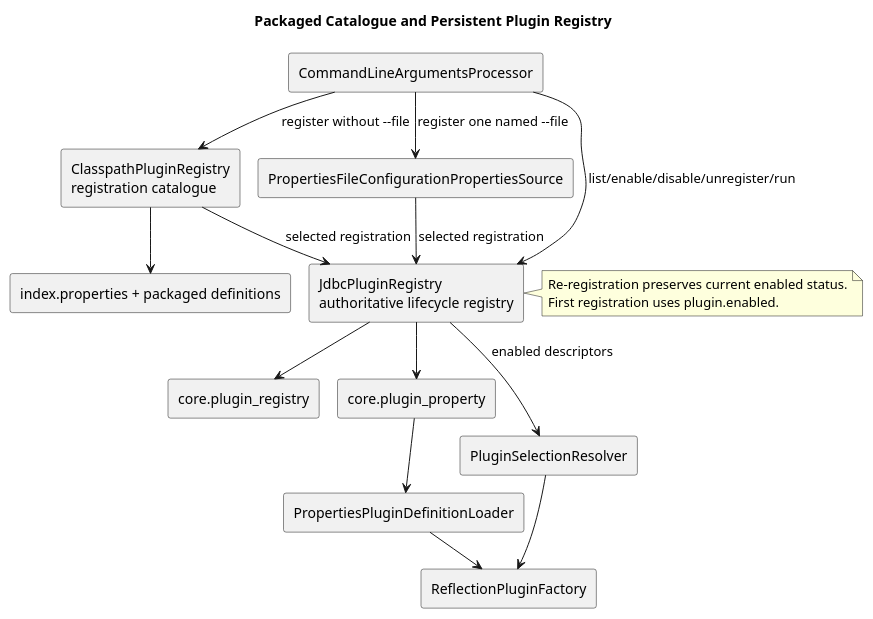
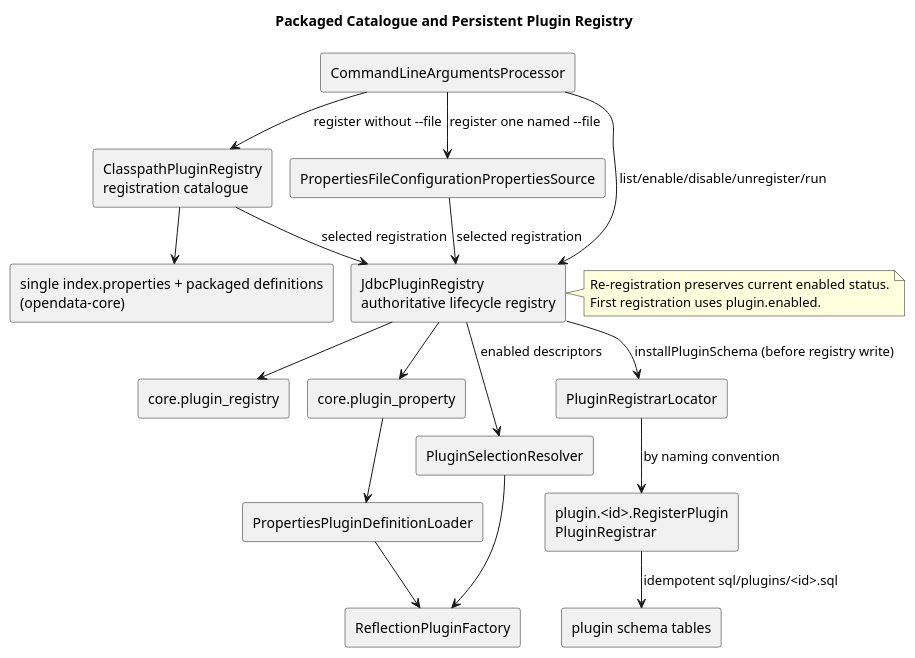
The diagram in docs/diagrams/source/plugin-registry.puml (TerryCurranZellis/OpenData), drawn with PlantUML before and after one commit. The commit also changed 58 other files, not shown here.

Commit message:
Update documentation and puml diagrams, add generated SVGs

```diff
--- a/docs/diagrams/source/plugin-registry.puml
+++ b/docs/diagrams/source/plugin-registry.puml
@@ -1,32 +1,38 @@
 @startuml
 !pragma layout smetana
 title Packaged Catalogue and Persistent Plugin Registry
 skinparam componentStyle rectangle
 [CommandLineArgumentsProcessor] as CLI
 [ClasspathPluginRegistry\nregistration catalogue] as Catalogue
-[index.properties + packaged definitions] as Packaged
+[single index.properties + packaged definitions\n(opendata-core)] as Packaged
 [PropertiesFileConfigurationPropertiesSource] as External
 [JdbcPluginRegistry\nauthoritative lifecycle registry] as Registry
 [core.plugin_registry] as RegistryTable
 [core.plugin_property] as PropertyTable
 [PluginSelectionResolver] as Selection
 [PropertiesPluginDefinitionLoader] as Loader
 [ReflectionPluginFactory] as Factory
+[PluginRegistrarLocator] as Locator
+[plugin.<id>.RegisterPlugin\nPluginRegistrar] as RegisterPlugin
+[plugin schema tables] as PluginTables
 
 CLI --> Catalogue : register without --file
 Catalogue --> Packaged
 CLI --> External : register one named --file
 Catalogue --> Registry : selected registration
 External --> Registry : selected registration
+Registry --> Locator : installPluginSchema (before registry write)
+Locator --> RegisterPlugin : by naming convention
+RegisterPlugin --> PluginTables : idempotent sql/plugins/<id>.sql
 Registry --> RegistryTable
 Registry --> PropertyTable
 CLI --> Registry : list/enable/disable/unregister/run
 Registry --> Selection : enabled descriptors
 PropertyTable --> Loader
 Selection --> Factory
 Loader --> Factory
 note right of Registry
 Re-registration preserves current enabled status.
 First registration uses plugin.enabled.
 end note
 @enduml
```
